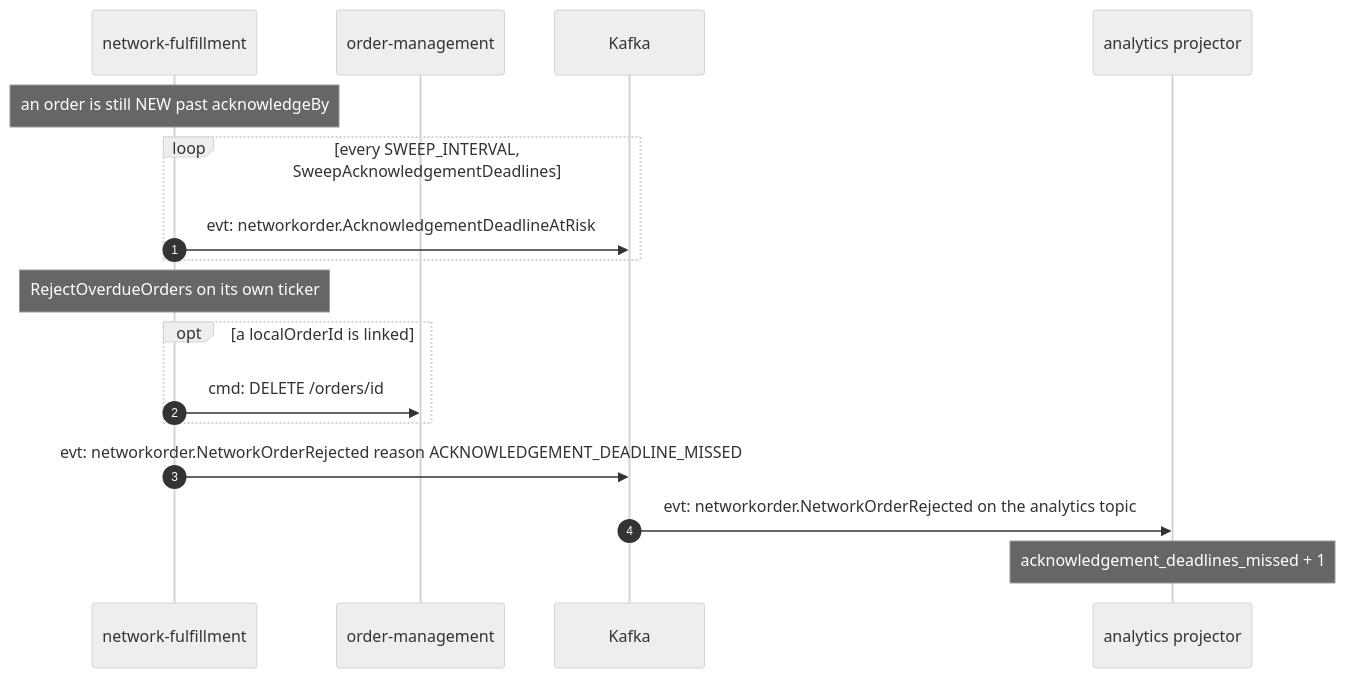
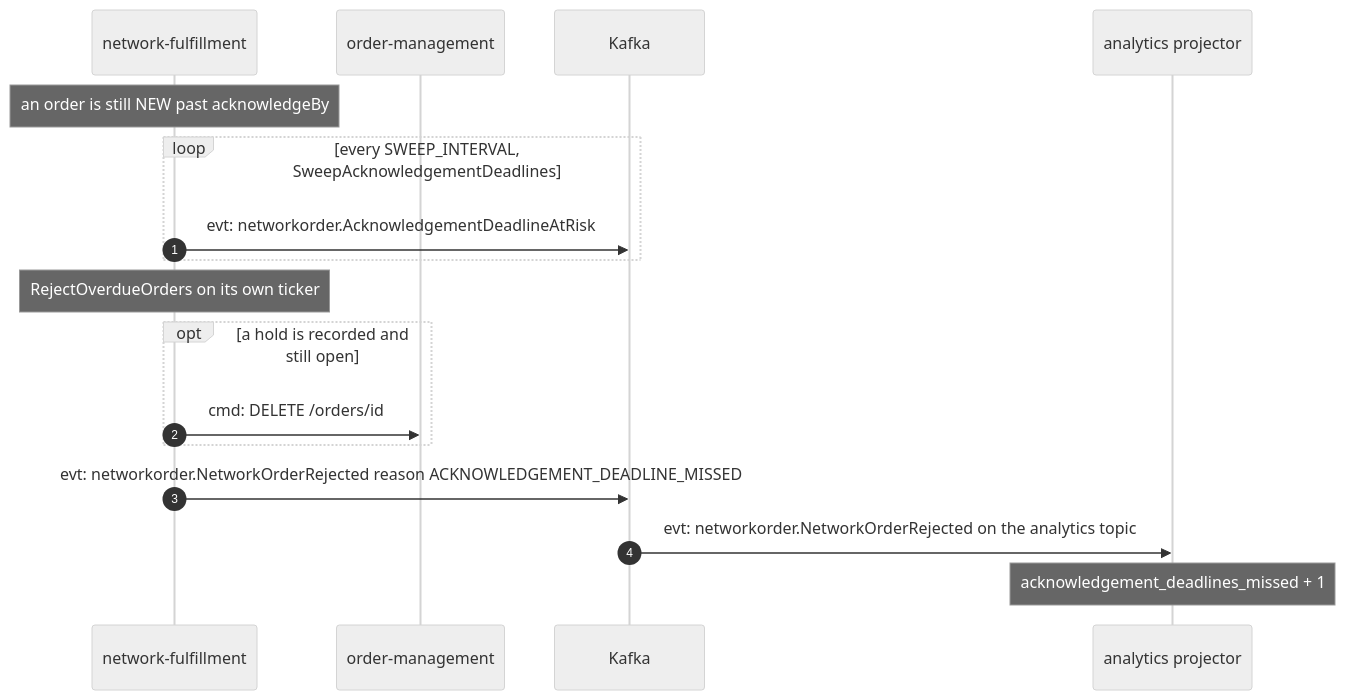
One commit to IQVO/warehouse-docs changed the third of 5 diagrams in docs/contexts/network-fulfillment/domain-message-flow.md. Above: the diagram before and after it, drawn with Mermaid (neutral theme). The commit also changed other lines of this file and 53 other files, not shown here.

````diff
--- a/docs/contexts/network-fulfillment/domain-message-flow.md
+++ b/docs/contexts/network-fulfillment/domain-message-flow.md
@@ -108,19 +110,19 @@
 ```mermaid
 sequenceDiagram
     autonumber
     participant NF as network-fulfillment
     participant OM as order-management
     participant K as Kafka
     participant PJ as analytics projector
     Note over NF: an order is still NEW past acknowledgeBy
     loop every SWEEP_INTERVAL, SweepAcknowledgementDeadlines
         NF->>K: evt: networkorder.AcknowledgementDeadlineAtRisk
     end
     Note over NF: RejectOverdueOrders on its own ticker
-    opt a localOrderId is linked
+    opt a hold is recorded and still open
         NF->>OM: cmd: DELETE /orders/id
     end
     NF->>K: evt: networkorder.NetworkOrderRejected reason ACKNOWLEDGEMENT_DEADLINE_MISSED
     K->>PJ: evt: networkorder.NetworkOrderRejected on the analytics topic
     Note over PJ: acknowledgement_deadlines_missed + 1
 ```
````
